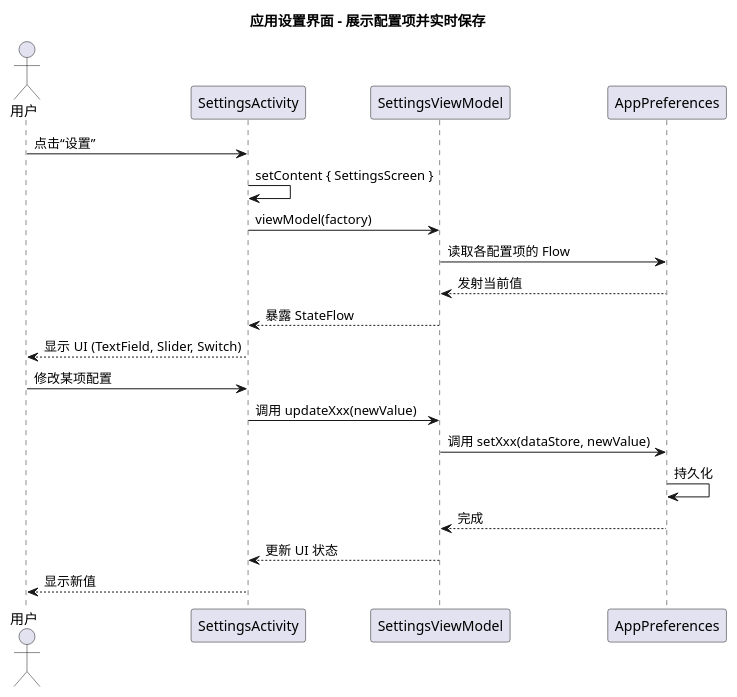
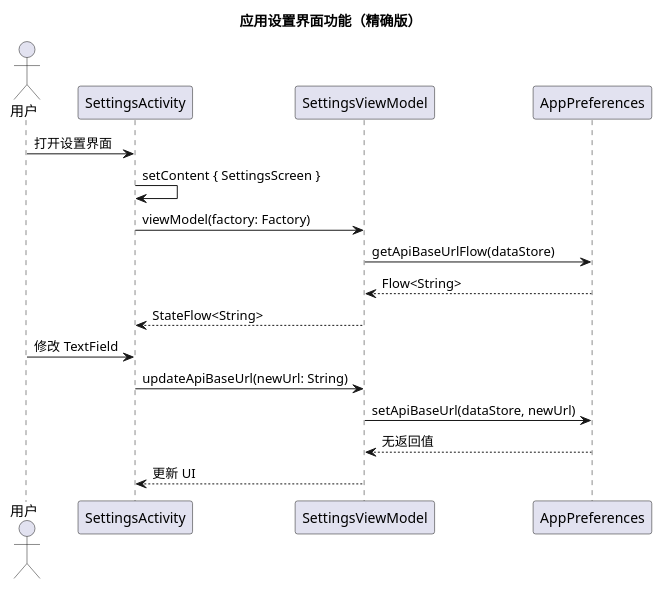
Before and after one commit to yzsgith/Android_client: the diagram in developer_doc/settings_ui.plantuml, drawn with PlantUML. The commit also changed 39 other files, not shown here.

Commit message:
对每一个功能对应的唯时序图进行了规范，使其作为二次开发的利器,并增加了read.md，用以描述核心理念和二次开发流程

```diff
--- a/developer_doc/settings_ui.plantuml
+++ b/developer_doc/settings_ui.plantuml
@@ -1,23 +1,20 @@
 @startuml
-title 应用设置界面 - 展示配置项并实时保存
+title 应用设置界面功能（精确版）
 
 actor 用户
 participant "SettingsActivity" as Activity
 participant "SettingsViewModel" as VM
 participant "AppPreferences" as Prefs
 
-用户 -> Activity: 点击“设置”
+用户 -> Activity: 打开设置界面
 Activity -> Activity: setContent { SettingsScreen }
-Activity -> VM: viewModel(factory)
-VM -> Prefs: 读取各配置项的 Flow
-Prefs --> VM: 发射当前值
-VM --> Activity: 暴露 StateFlow
-Activity --> 用户: 显示 UI (TextField, Slider, Switch)
-用户 -> Activity: 修改某项配置
-Activity -> VM: 调用 updateXxx(newValue)
-VM -> Prefs: 调用 setXxx(dataStore, newValue)
-Prefs -> Prefs: 持久化
-Prefs --> VM: 完成
-VM --> Activity: 更新 UI 状态
-Activity --> 用户: 显示新值
+Activity -> VM: viewModel(factory: Factory)
+VM -> Prefs: getApiBaseUrlFlow(dataStore)
+Prefs --> VM: Flow<String>
+VM --> Activity: StateFlow<String>
+用户 -> Activity: 修改 TextField
+Activity -> VM: updateApiBaseUrl(newUrl: String)
+VM -> Prefs: setApiBaseUrl(dataStore, newUrl)
+Prefs --> VM: 无返回值
+VM --> Activity: 更新 UI
 @enduml
```
